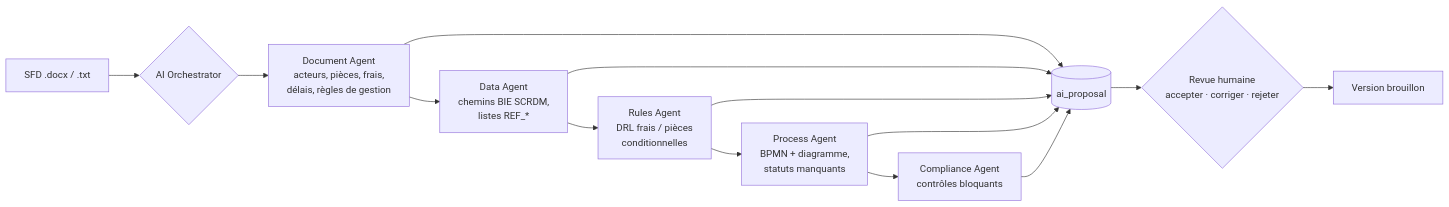
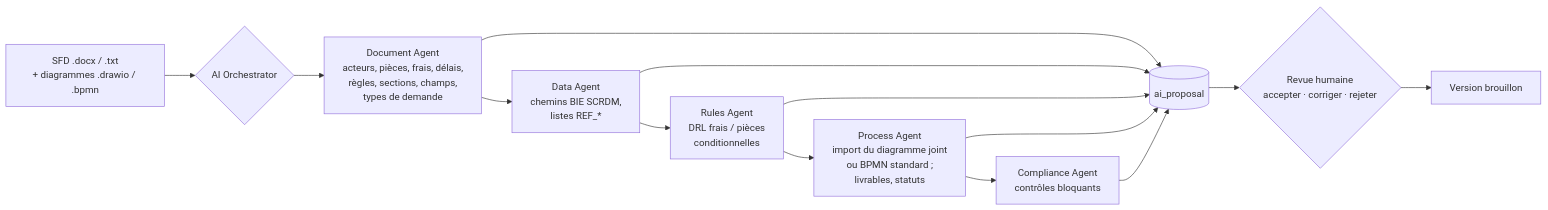
One commit to jameleddineelkamel-dotcom/nexora changed the sixth of 12 diagrams in docs/architecture-technique.md. Above: the diagram before and after it, drawn with Mermaid. The commit also changed other lines of this file and 33 other files, not shown here.

First line of the commit message:
Agents : import des diagrammes draw.io, données tirées de la SFD, modèle auto-hébergé ; saisie d'instruction

````diff
--- a/docs/architecture-technique.md
+++ b/docs/architecture-technique.md
@@ -344,12 +344,12 @@
 ```mermaid
 flowchart LR
-  SFD[SFD .docx / .txt] --> O{AI Orchestrator}
-  O --> D[Document Agent<br/>acteurs, pièces, frais,<br/>délais, règles de gestion]
+  SFD[SFD .docx / .txt<br/>+ diagrammes .drawio / .bpmn] --> O{AI Orchestrator}
+  O --> D[Document Agent<br/>acteurs, pièces, frais, délais,<br/>règles, sections, champs,<br/>types de demande]
   D --> DA[Data Agent<br/>chemins BIE SCRDM,<br/>listes REF_*]
   DA --> R[Rules Agent<br/>DRL frais / pièces<br/>conditionnelles]
-  R --> P[Process Agent<br/>BPMN + diagramme,<br/>statuts manquants]
+  R --> P[Process Agent<br/>import du diagramme joint<br/>ou BPMN standard ;<br/>livrables, statuts]
   P --> C[Compliance Agent<br/>contrôles bloquants]
   D & DA & R & P & C --> PR[(ai_proposal)]
   PR --> H{Revue humaine<br/>accepter · corriger · rejeter}
   H --> V[Version brouillon]
 ```
````
